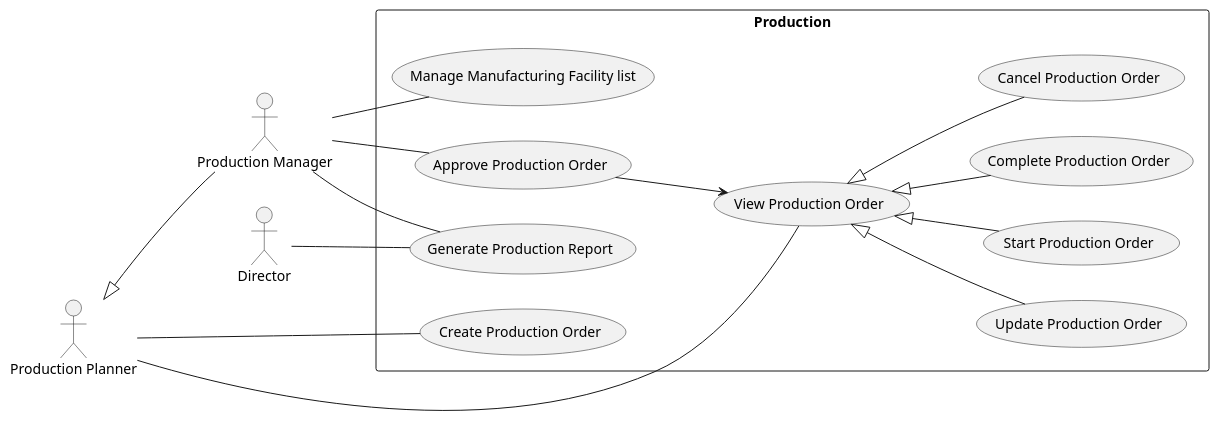
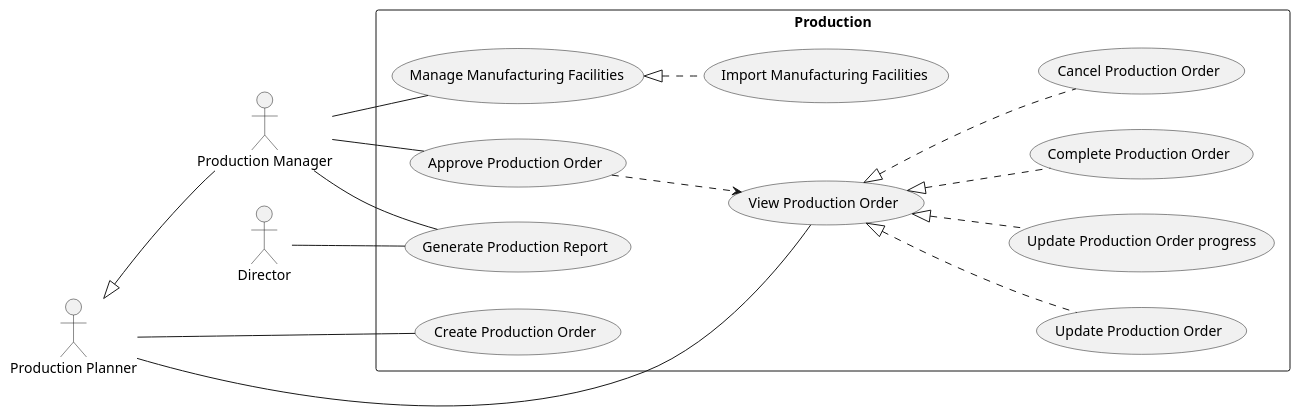
One commit to phihungha/scmss-reqs changed the diagram in use-cases/Production.plantuml. Above: the diagram before and after it, drawn with PlantUML. The commit also changed 4 other files, not shown here.

```diff
--- a/use-cases/Production.plantuml
+++ b/use-cases/Production.plantuml
@@ -1,25 +1,26 @@
 @startuml Production
 left to right direction
 
 :Production Planner: as pp
 :Production Manager: as pm
 pp <|-- pm
 
 :Director: as d
 
 rectangle Production {
   pp -- (View Production Order)
   pp -- (Create Production Order)
-  (View Production Order) <|-- (Update Production Order)
-  (View Production Order) <|-- (Start Production Order)
-  (View Production Order) <|-- (Complete Production Order)
-  (View Production Order) <|-- (Cancel Production Order)
+  (View Production Order) <|.. (Update Production Order)
+  (View Production Order) <|.. (Update Production Order progress)
+  (View Production Order) <|.. (Complete Production Order)
+  (View Production Order) <|.. (Cancel Production Order)
 
   pm -- (Approve Production Order)
-  (Approve Production Order) --> (View Production Order)
+  (Approve Production Order) ..> (View Production Order)
 
-  pm -- (Manage Manufacturing Facility list)
+  pm -- (Manage Manufacturing Facilities)
+  (Manage Manufacturing Facilities) <|.. (Import Manufacturing Facilities)
   pm -- (Generate Production Report)
   d -- (Generate Production Report)
 }
 @enduml
```
